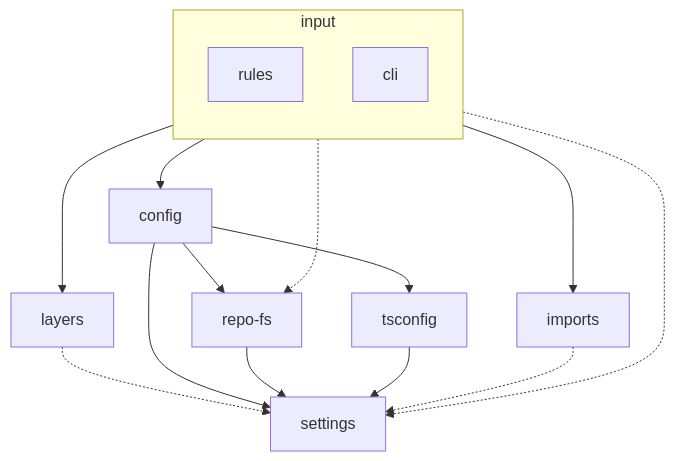
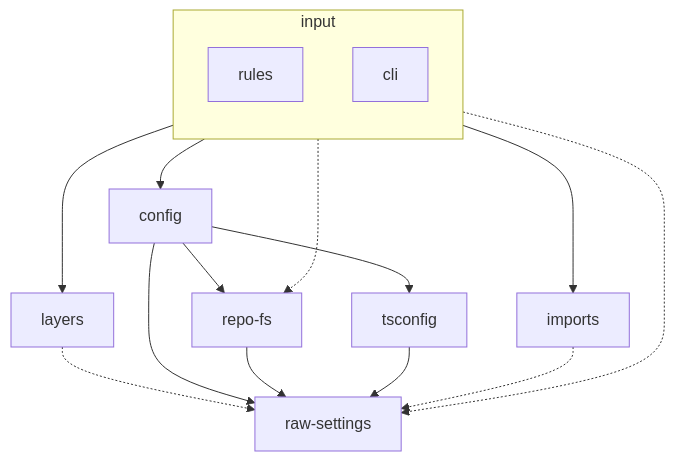
One commit to jt4d-lab/weld changed the diagram in src/dependencies.md. Above: the diagram before and after it, drawn with Mermaid. The commit also changed 28 other files, not shown here.

Commit message:
raw-settings: переименование слоя src/settings

````diff
--- a/src/dependencies.md
+++ b/src/dependencies.md
@@ -3,35 +3,35 @@
 ```mermaid
 flowchart TD
     subgraph input
         direction TB
 
         rules
 
         cli
     end
 
     config
     repoFs["repo-fs"]
     tsconfig
     layers
     imports
-    settings
+    rawSettings["raw-settings"]
 
     input --> config
     input --> imports
     input --> layers
-    input -.-> settings
+    input -.-> rawSettings
     input -.-> repoFs
 
-    layers -.-> settings
+    layers -.-> rawSettings
 
-    config --> settings
+    config --> rawSettings
     config --> tsconfig
     config --> repoFs
 
-    repoFs --> settings
+    repoFs --> rawSettings
 
-    tsconfig --> settings
+    tsconfig --> rawSettings
 
-    imports -.-> settings
+    imports -.-> rawSettings
 ```
````
